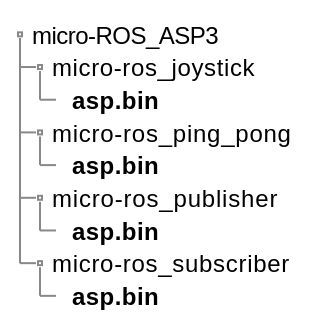
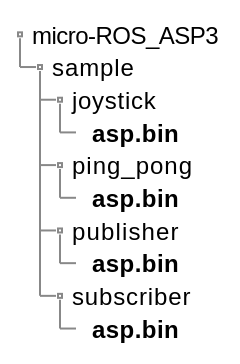
One commit to exshonda/micro-ROS_ASP3 changed the third of 3 diagrams in doc/toppers_stm32f413.md. Above: the diagram before and after it, drawn with PlantUML. The commit also changed other lines of this file and 3 other files, not shown here.

````diff
--- a/doc/toppers_stm32f413.md
+++ b/doc/toppers_stm32f413.md
@@ -217,20 +217,21 @@
     ```plantuml
     @startuml
 
     salt
     {
     {T
         micro-ROS_ASP3
-        + micro-ros_joystick
-        ++ **asp.bin**
-        + micro-ros_ping_pong
-        ++ **asp.bin**
-        + micro-ros_publisher
-        ++ **asp.bin**
-        + micro-ros_subscriber
-        ++ **asp.bin**
+        + sample
+        ++ joystick
+        +++ **asp.bin**
+        ++ ping_pong
+        +++ **asp.bin**
+        ++ publisher
+        +++ **asp.bin**
+        ++ subscriber
+        +++ **asp.bin**
     }
     }
 
     @enduml
     ```
````
